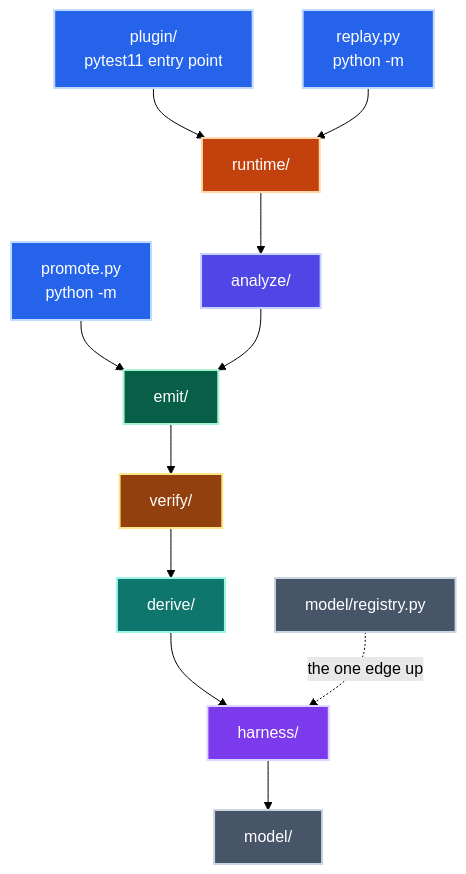
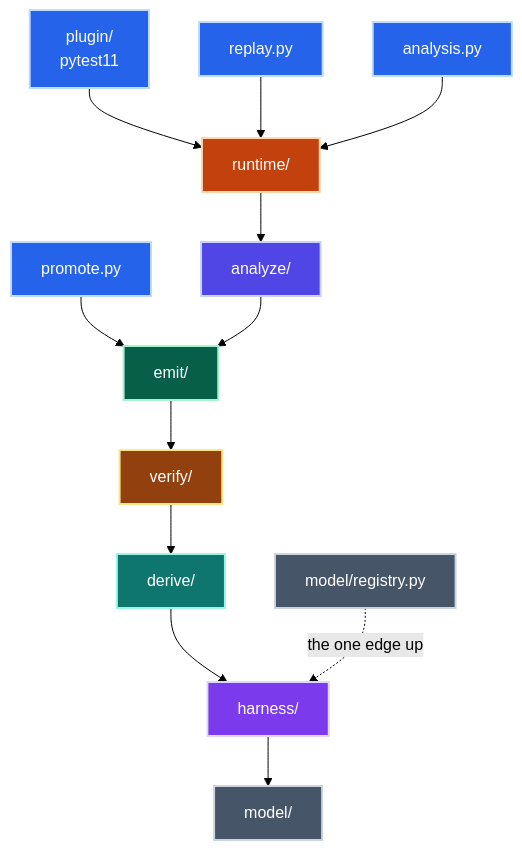
The third of 39 diagrams in ARCHITECTURE.md (neozenith/pytest-xharness-eval), drawn with Mermaid (forest theme) before and after one commit. The commit also changed other lines of this file and 1 other file, not shown here.

First line of the commit message:
docs: ARCHITECTURE.md refreshed for the wired Analyzer, CellPlan and ADR 0076 names

````diff
--- a/ARCHITECTURE.md
+++ b/ARCHITECTURE.md
@@ -185,37 +187,37 @@
 ```mermaid
 flowchart TB
-    PLUG["plugin/<br/>pytest11 entry point"]
-    REPLAY["replay.py<br/>python -m"]
-    PROMO["promote.py<br/>python -m"]
+    PLUG["plugin/<br/>pytest11"]
+    REPLAY["replay.py"]
+    PROMO["promote.py"]
+    ANCLI["analysis.py"]
     RT["runtime/"]
     AN["analyze/"]
     EM["emit/"]
     VE["verify/"]
     DE["derive/"]
     HA["harness/"]
     MO["model/"]
     REG["model/registry.py"]
 
-    PLUG --> RT
-    REPLAY --> RT
+    PLUG & REPLAY & ANCLI --> RT
     PROMO --> EM
     RT --> AN --> EM --> VE --> DE --> HA --> MO
     REG -.->|the one edge up| HA
 
     classDef entry fill:#2563eb,stroke:#bfdbfe,color:#fff,stroke-width:2px
     classDef domain fill:#475569,stroke:#cbd5e1,color:#fff,stroke-width:2px
     classDef adapter fill:#7c3aed,stroke:#ddd6fe,color:#fff,stroke-width:2px
     classDef derive fill:#0f766e,stroke:#99f6e4,color:#fff,stroke-width:2px
     classDef verify fill:#92400e,stroke:#fde68a,color:#fff,stroke-width:2px
     classDef emit fill:#065f46,stroke:#a7f3d0,color:#fff,stroke-width:2px
     classDef analyze fill:#4f46e5,stroke:#c7d2fe,color:#fff,stroke-width:2px
     classDef runtime fill:#c2410c,stroke:#fed7aa,color:#fff,stroke-width:2px
-    class PLUG,REPLAY,PROMO entry
+    class PLUG,REPLAY,PROMO,ANCLI entry
     class RT runtime
     class AN analyze
     class EM emit
     class VE verify
     class DE derive
     class HA adapter
     class MO,REG domain
 ```
````
